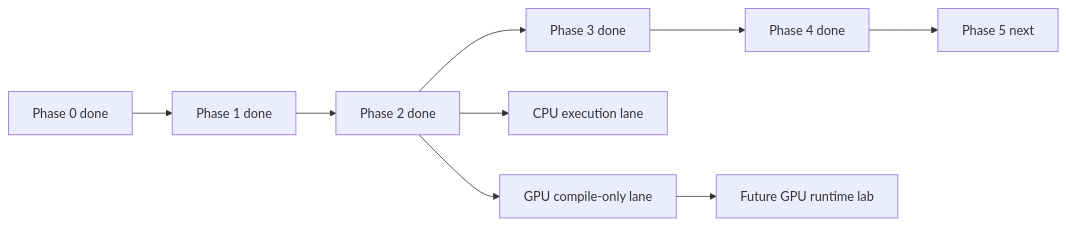
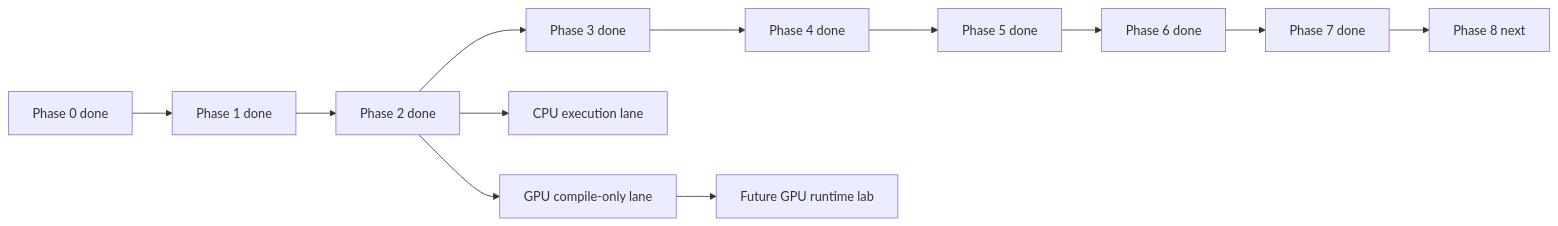
The diagram in murali_docs/Plan_max_internals_learning.md (Murali806/modular), drawn with Mermaid before and after one commit. The commit also changed other lines of this file and 10 other files, not shown here.

````diff
--- a/murali_docs/Plan_max_internals_learning.md
+++ b/murali_docs/Plan_max_internals_learning.md
@@ -53,8 +56,9 @@
 ```mermaid
 flowchart LR
     P0[Phase 0 done] --> P1[Phase 1 done] --> P2[Phase 2 done]
-    P2 --> P3[Phase 3 done] --> P4[Phase 4 done] --> P5[Phase 5 next]
+    P2 --> P3[Phase 3 done] --> P4[Phase 4 done] --> P5[Phase 5 done]
+    P5 --> P6[Phase 6 done] --> P7[Phase 7 done] --> P8[Phase 8 next]
     P2 --> CPU[CPU execution lane]
     P2 --> VC[GPU compile-only lane]
     VC --> GL[Future GPU runtime lab]
 ```
````
